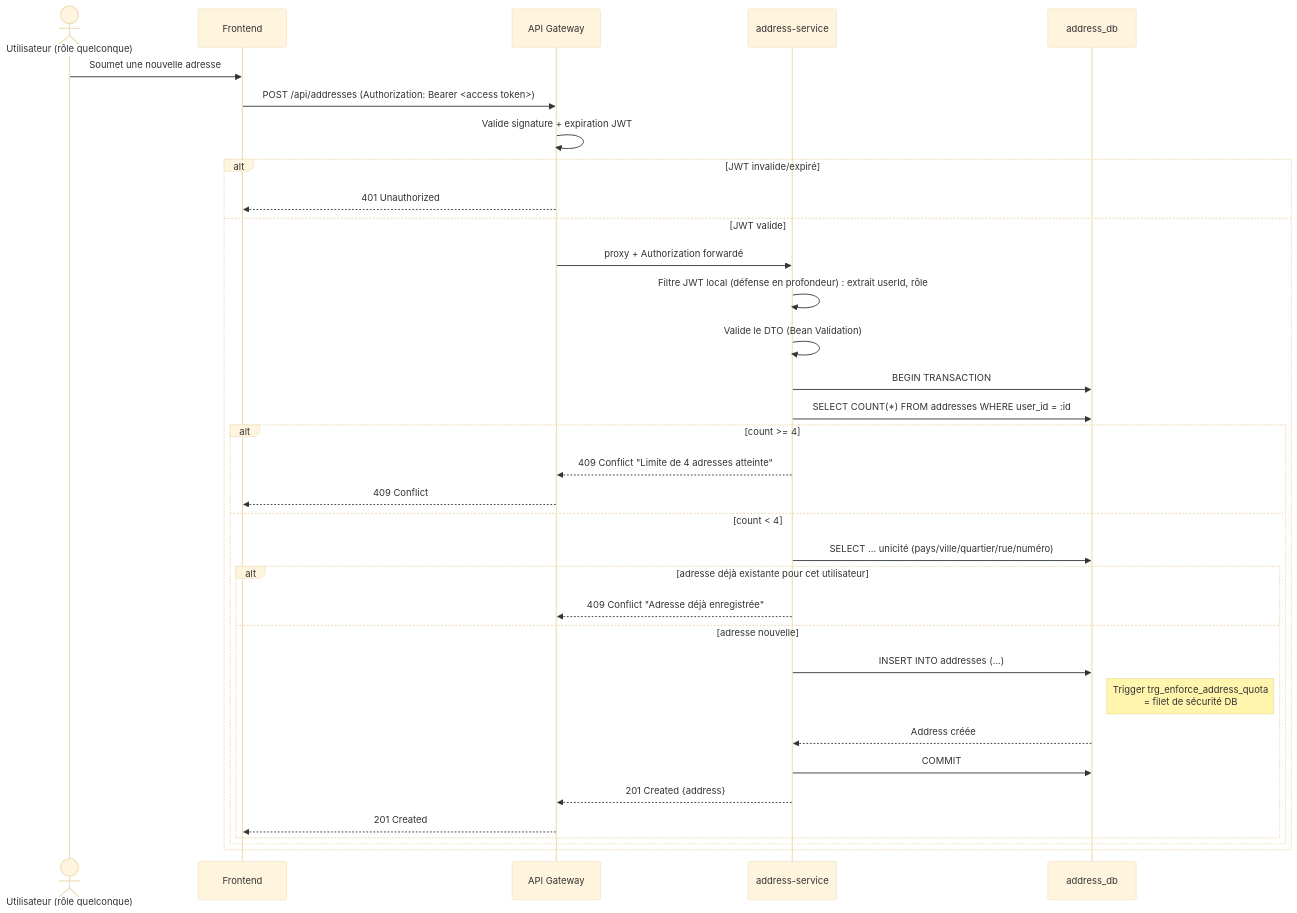
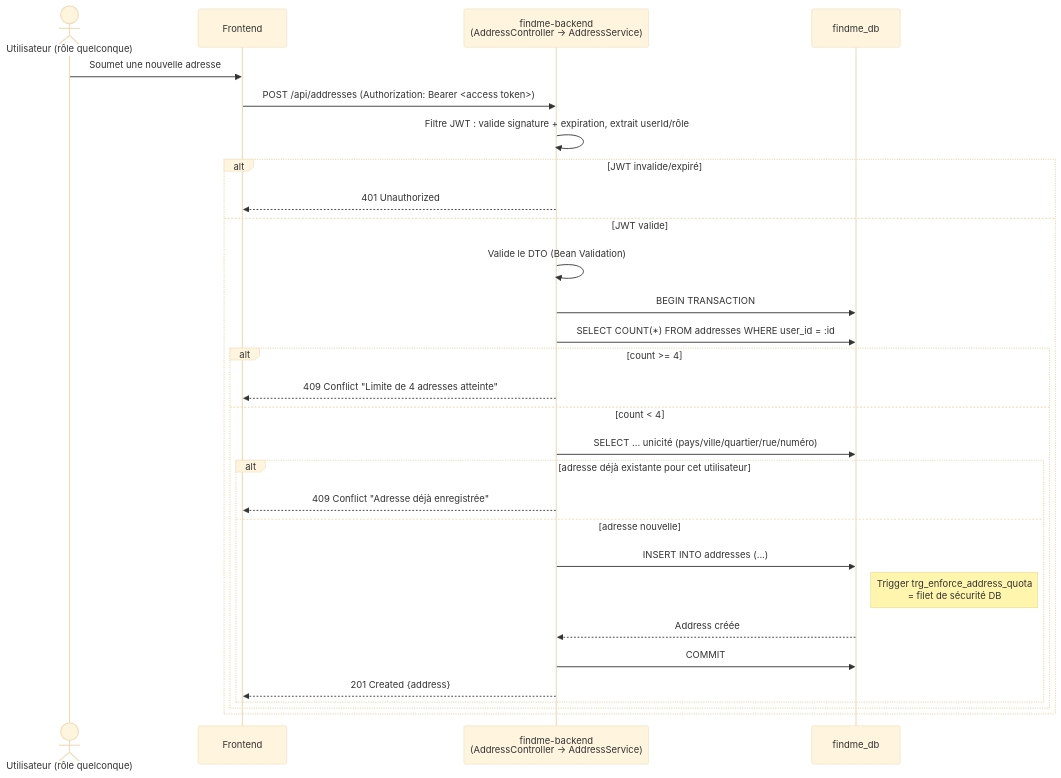
One commit to alexdibril237/findme_backend changed the eighth of 13 diagrams in docs/conception/DOSSIER_DE_CONCEPTION.md. Above: the diagram before and after it, drawn with Mermaid (base theme). The commit also changed other lines of this file and 327 other files, not shown here.

````diff
--- a/docs/conception/DOSSIER_DE_CONCEPTION.md
+++ b/docs/conception/DOSSIER_DE_CONCEPTION.md
@@ -393,37 +411,32 @@
 ```mermaid
 sequenceDiagram
     actor U as Utilisateur (rôle quelconque)
     participant FE as Frontend
-    participant GW as API Gateway
-    participant AD as address-service
-    participant DB as address_db
+    participant AD as findme-backend<br/>(AddressController → AddressService)
+    participant DB as findme_db
 
     U->>FE: Soumet une nouvelle adresse
-    FE->>GW: POST /api/addresses (Authorization: Bearer <access token>)
-    GW->>GW: Valide signature + expiration JWT
+    FE->>AD: POST /api/addresses (Authorization: Bearer <access token>)
+    AD->>AD: Filtre JWT : valide signature + expiration, extrait userId/rôle
     alt JWT invalide/expiré
-        GW-->>FE: 401 Unauthorized
+        AD-->>FE: 401 Unauthorized
     else JWT valide
-        GW->>AD: proxy + Authorization forwardé
-        AD->>AD: Filtre JWT local (défense en profondeur) : extrait userId, rôle
         AD->>AD: Valide le DTO (Bean Validation)
         AD->>DB: BEGIN TRANSACTION
         AD->>DB: SELECT COUNT(*) FROM addresses WHERE user_id = :id
         alt count >= 4
-            AD-->>GW: 409 Conflict "Limite de 4 adresses atteinte"
-            GW-->>FE: 409 Conflict
+            AD-->>FE: 409 Conflict "Limite de 4 adresses atteinte"
         else count < 4
             AD->>DB: SELECT ... unicité (pays/ville/quartier/rue/numéro)
             alt adresse déjà existante pour cet utilisateur
-                AD-->>GW: 409 Conflict "Adresse déjà enregistrée"
+                AD-->>FE: 409 Conflict "Adresse déjà enregistrée"
             else adresse nouvelle
                 AD->>DB: INSERT INTO addresses (...)
                 Note right of DB: Trigger trg_enforce_address_quota<br/>= filet de sécurité DB
                 DB-->>AD: Address créée
                 AD->>DB: COMMIT
-                AD-->>GW: 201 Created {address}
-                GW-->>FE: 201 Created
+                AD-->>FE: 201 Created {address}
             end
         end
     end
 ```
````
